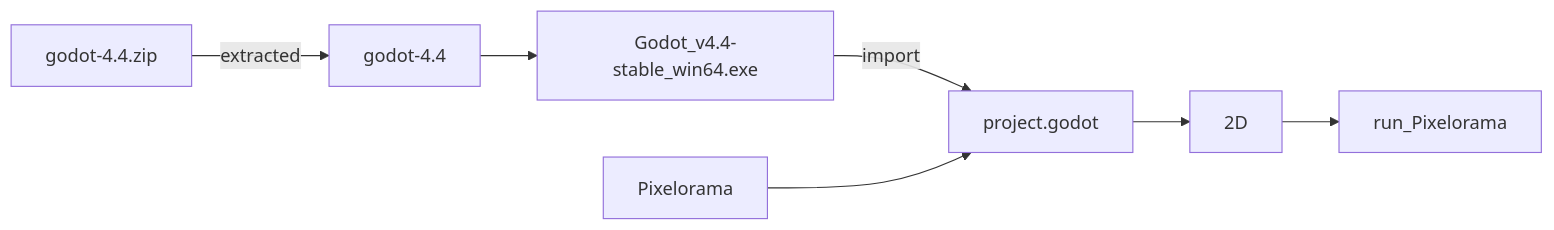
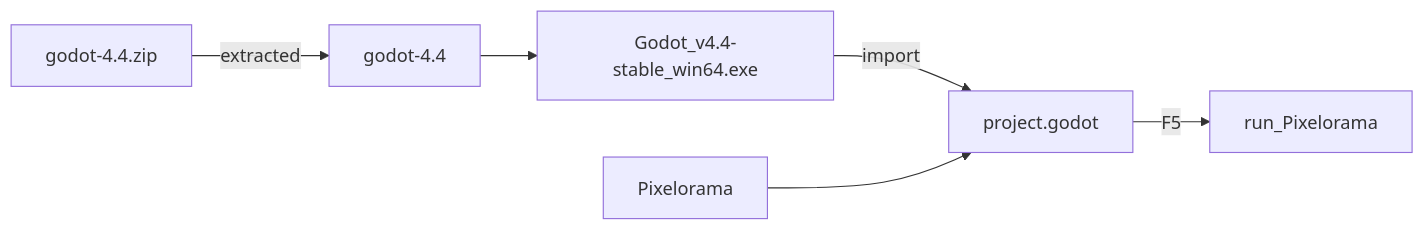
The diagram in README.md (jamad/Pixelorama), drawn with Mermaid before and after one commit.

````diff
--- a/README.md
+++ b/README.md
@@ -15,10 +15,10 @@
 ```mermaid
 
 graph LR
 
 godot-4.4.zip -- extracted --> godot-4.4 --> Godot_v4.4-stable_win64.exe --import --> project.godot
 
 
-Pixelorama  --> project.godot --> 2D --> run_Pixelorama 
+Pixelorama  --> project.godot -- F5 --> run_Pixelorama 
 
 ```
````
